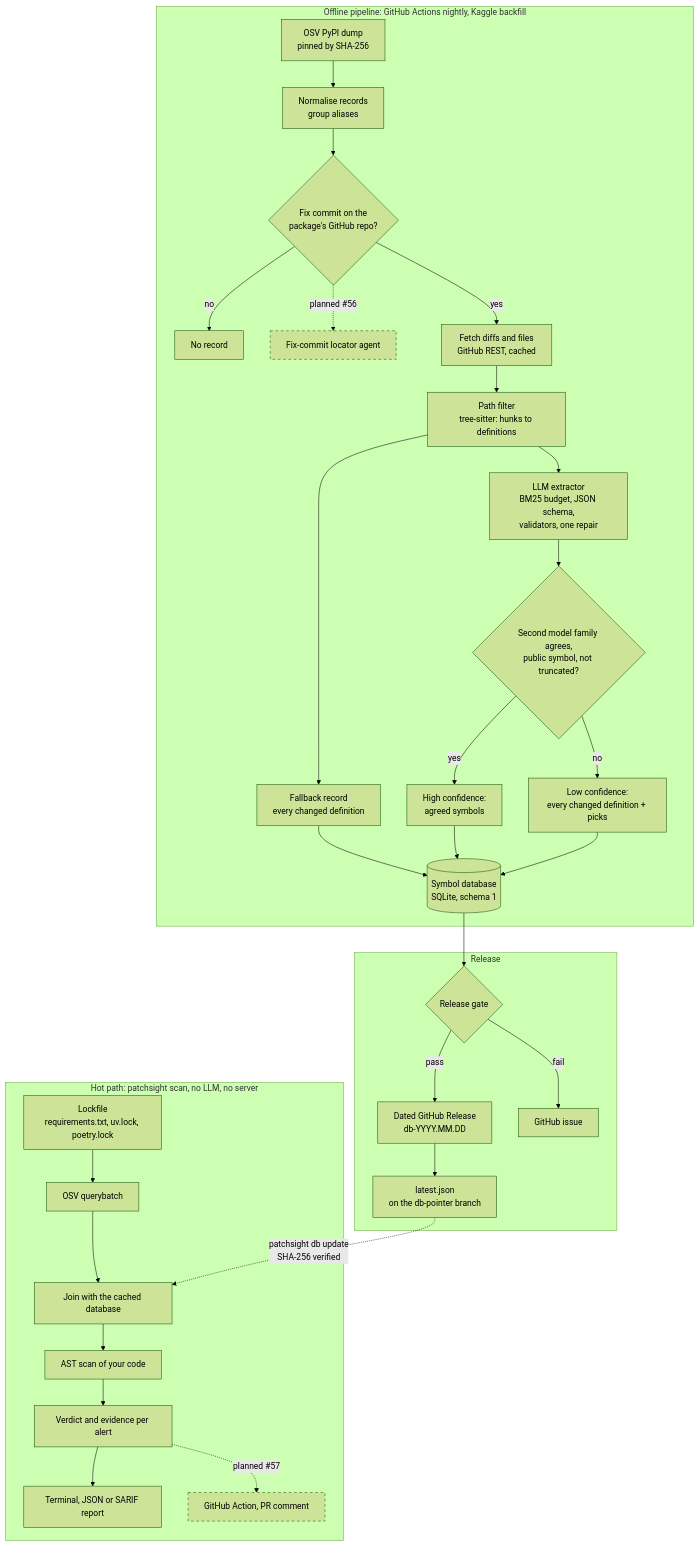
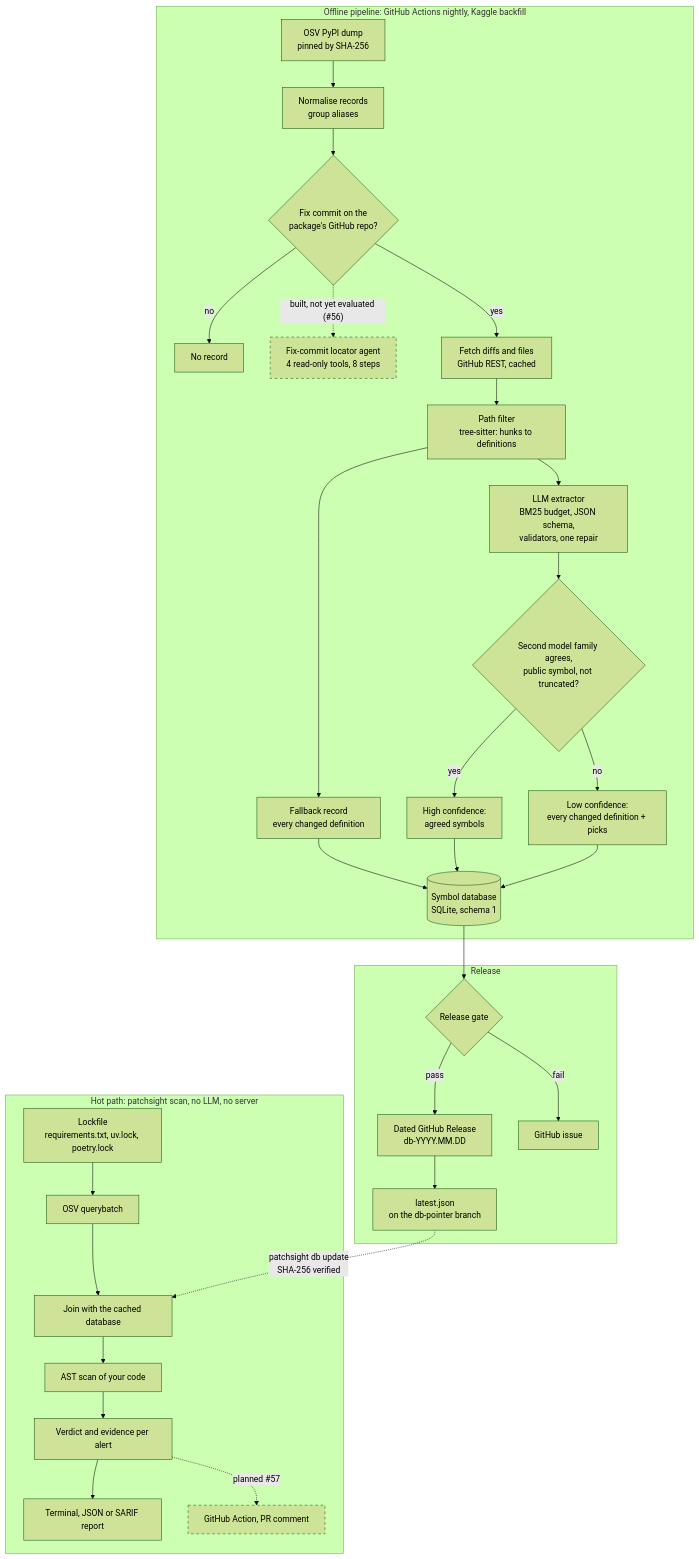
The diagram in docs/architecture.md (professor3333/PatchSight), drawn with Mermaid (forest theme) before and after one commit. The commit also changed 9 other files, not shown here.

````diff
--- a/docs/architecture.md
+++ b/docs/architecture.md
@@ -10,35 +10,35 @@
 ```mermaid
 flowchart TB
     subgraph OFFLINE["Offline pipeline: GitHub Actions nightly, Kaggle backfill"]
         A["OSV PyPI dump<br/>pinned by SHA-256"] --> B["Normalise records<br/>group aliases"]
         B --> C{"Fix commit on the<br/>package's GitHub repo?"}
         C -- no --> Z["No record"]
-        C -. "planned #56" .-> D["Fix-commit locator agent"]:::planned
+        C -. "built, not yet evaluated (#56)" .-> D["Fix-commit locator agent<br/>4 read-only tools, 8 steps"]:::planned
         C -- yes --> E["Fetch diffs and files<br/>GitHub REST, cached"]
         E --> F["Path filter<br/>tree-sitter: hunks to definitions"]
         F --> G["Fallback record<br/>every changed definition"]
         F --> H["LLM extractor<br/>BM25 budget, JSON schema,<br/>validators, one repair"]
         H --> I{"Second model family agrees,<br/>public symbol, not truncated?"}
         I -- yes --> HI["High confidence:<br/>agreed symbols"]
         I -- no --> LO["Low confidence:<br/>every changed definition + picks"]
         G --> K[("Symbol database<br/>SQLite, schema 1")]
         HI --> K
         LO --> K
     end
     subgraph RELEASE["Release"]
         K --> Q{"Release gate"}
         Q -- pass --> R["Dated GitHub Release<br/>db-YYYY.MM.DD"]
         R --> P["latest.json<br/>on the db-pointer branch"]
         Q -- fail --> X["GitHub issue"]
     end
     subgraph HOT["Hot path: patchsight scan, no LLM, no server"]
         L["Lockfile<br/>requirements.txt, uv.lock, poetry.lock"] --> M["OSV querybatch"]
         M --> N["Join with the cached database"]
         N --> O["AST scan of your code"]
         O --> V["Verdict and evidence per alert"]
         V --> T["Terminal, JSON or SARIF report"]
         V -. "planned #57" .-> S["GitHub Action, PR comment"]:::planned
     end
     P -. "patchsight db update<br/>SHA-256 verified" .-> N
     classDef planned stroke-dasharray: 5 5
 ```
````
